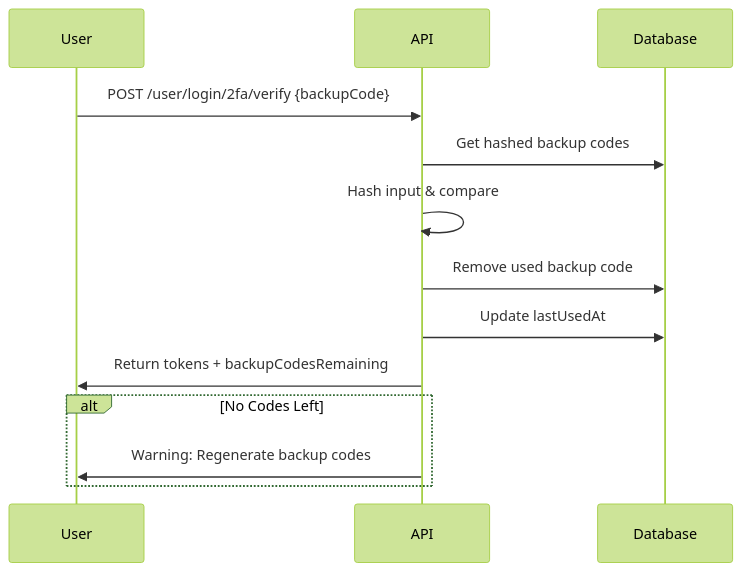
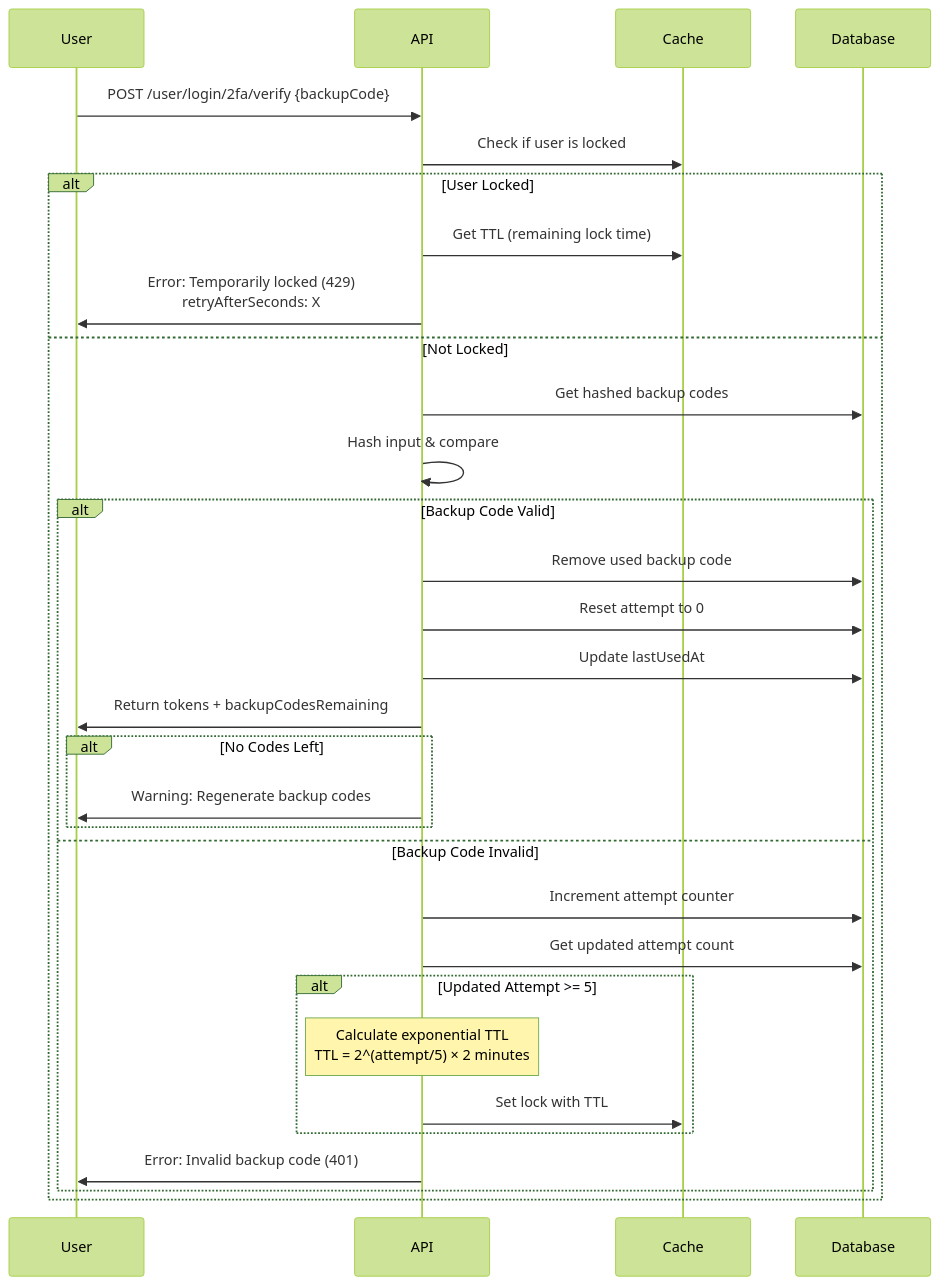
The fourth of 9 diagrams in docs/two-factor.md (andrechristikan/ack-nestjs-boilerplate), drawn with Mermaid (forest theme) before and after one commit. The commit also changed other lines of this file and 36 other files, not shown here.

Commit message:
feat: added lock temporary exponential for two factor and refresh token expiration, add two factor code protection for change and reset password

````diff
--- a/docs/two-factor.md
+++ b/docs/two-factor.md
@@ -171,17 +278,34 @@
 ```mermaid
 sequenceDiagram
     participant User
     participant API
+    participant Cache
     participant Database
 
     User->>API: POST /user/login/2fa/verify {backupCode}
-    API->>Database: Get hashed backup codes
-    API->>API: Hash input & compare
-    API->>Database: Remove used backup code
-    API->>Database: Update lastUsedAt
-    API->>User: Return tokens + backupCodesRemaining
-    
-    alt No Codes Left
-        API->>User: Warning: Regenerate backup codes
+    API->>Cache: Check if user is locked
+    alt User Locked
+        API->>Cache: Get TTL (remaining lock time)
+        API->>User: Error: Temporarily locked (429)<br/>retryAfterSeconds: X
+    else Not Locked
+        API->>Database: Get hashed backup codes
+        API->>API: Hash input & compare
+        alt Backup Code Valid
+            API->>Database: Remove used backup code
+            API->>Database: Reset attempt to 0
+            API->>Database: Update lastUsedAt
+            API->>User: Return tokens + backupCodesRemaining
+            alt No Codes Left
+                API->>User: Warning: Regenerate backup codes
+            end
+        else Backup Code Invalid
+            API->>Database: Increment attempt counter
+            API->>Database: Get updated attempt count
+            alt Updated Attempt >= 5
+                Note over API: Calculate exponential TTL<br/>TTL = 2^(attempt/5) × 2 minutes
+                API->>Cache: Set lock with TTL
+            end
+            API->>User: Error: Invalid backup code (401)
+        end
     end
 ```
````
